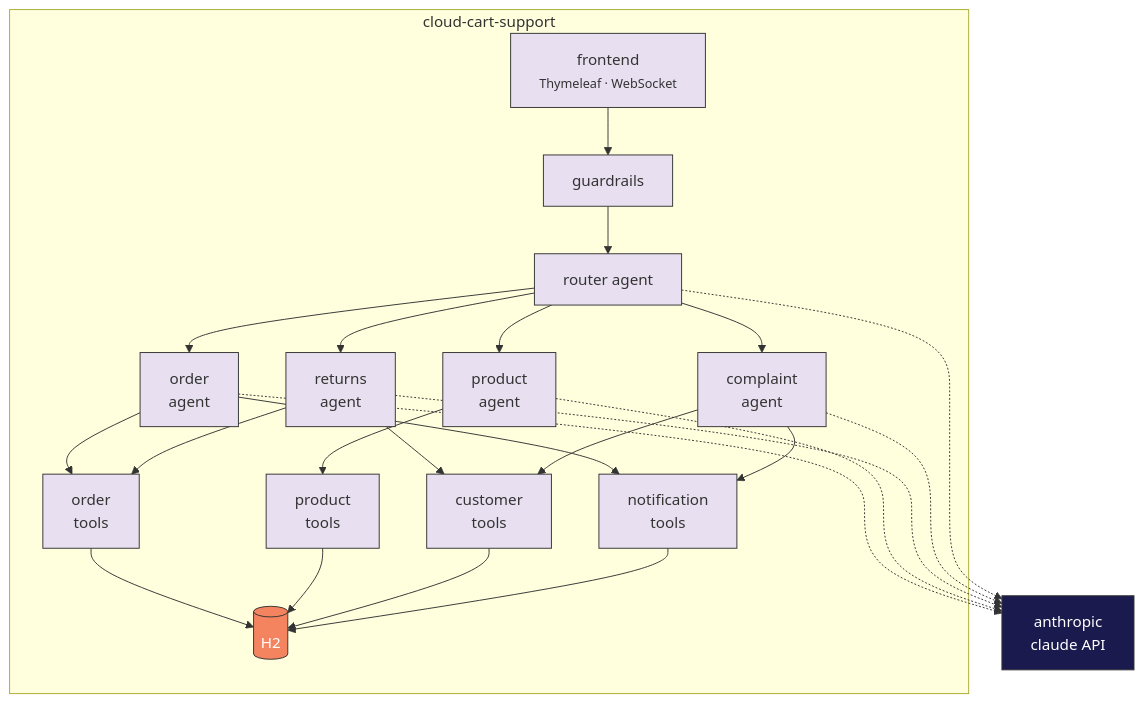
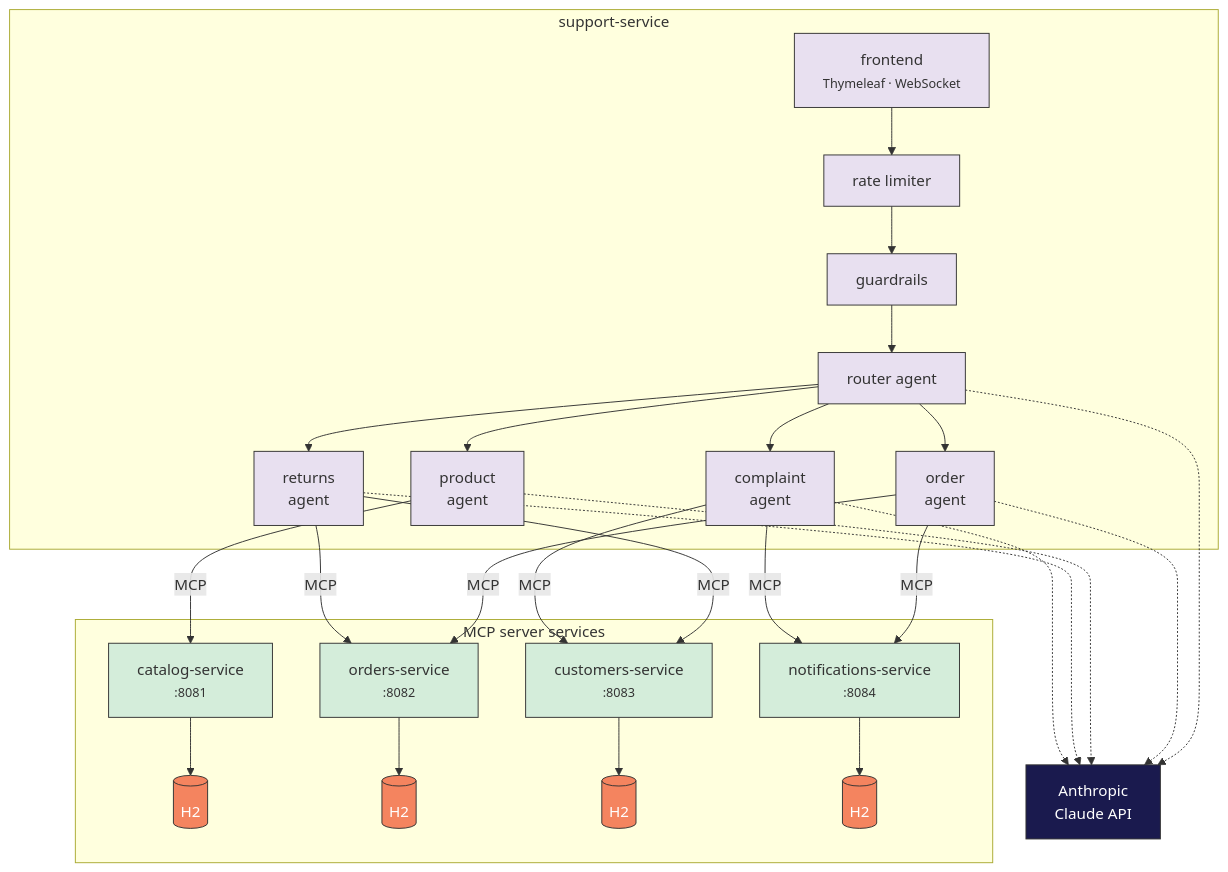
The diagram in docs/architecture.md (btjimerson/cloud-cart-support-java), drawn with Mermaid before and after one commit.

Commit message:
Update architecture diagram to reflect current system design
- Show separate MCP server services (catalog, orders, customers, notifications)
  instead of inline tools
- Add per-service H2 databases
- Add RateLimitService in the request flow
- Label MCP connections between agents and backend services
- Use distinct colors for support-service, MCP services, and databases

````diff
--- a/docs/architecture.md
+++ b/docs/architecture.md
@@ -1,47 +1,63 @@
 ```mermaid
 graph TD
-    subgraph cloud-cart-support
+    subgraph support-service ["support-service"]
         frontend["frontend<br/><small>Thymeleaf · WebSocket</small>"]
+        ratelimit["rate limiter"]
+        guardrails["guardrails"]
+        router["router agent"]
+        order_agent["order<br/>agent"]
+        product_agent["product<br/>agent"]
+        returns_agent["returns<br/>agent"]
+        complaint_agent["complaint<br/>agent"]
 
-        frontend --> guardrails["guardrails"]
-        guardrails --> router["router agent"]
-
-        router --> order_agent["order<br/>agent"]
-        router --> product_agent["product<br/>agent"]
-        router --> returns_agent["returns<br/>agent"]
-        router --> complaint_agent["complaint<br/>agent"]
-
-        order_agent --> order_tools["order<br/>tools"]
-        order_agent --> notification_tools["notification<br/>tools"]
-        product_agent --> product_tools["product<br/>tools"]
-        returns_agent --> order_tools
-        returns_agent --> customer_tools["customer<br/>tools"]
-        complaint_agent --> customer_tools
-        complaint_agent --> notification_tools
-
-        order_tools --> db[("H2")]
-        product_tools --> db
-        customer_tools --> db
-        notification_tools --> db
+        frontend --> ratelimit --> guardrails --> router
+        router --> order_agent
+        router --> product_agent
+        router --> returns_agent
+        router --> complaint_agent
     end
 
+    subgraph mcp-servers ["MCP server services"]
+        catalog["catalog-service<br/><small>:8081</small>"]
+        orders["orders-service<br/><small>:8082</small>"]
+        customers["customers-service<br/><small>:8083</small>"]
+        notifications["notifications-service<br/><small>:8084</small>"]
+
+        catalog --> catalog_db[("H2")]
+        orders --> orders_db[("H2")]
+        customers --> customers_db[("H2")]
+        notifications --> notifications_db[("H2")]
+    end
+
+    order_agent -->|MCP| orders
+    order_agent -->|MCP| notifications
+    product_agent -->|MCP| catalog
+    returns_agent -->|MCP| orders
+    returns_agent -->|MCP| customers
+    complaint_agent -->|MCP| customers
+    complaint_agent -->|MCP| notifications
+
+    router -..-> claude
     order_agent -..-> claude
     product_agent -..-> claude
     returns_agent -..-> claude
-    complaint_agent -..-> claude
-    router -..-> claude["anthropic<br/>claude API"]
+    complaint_agent -..-> claude["Anthropic<br/>Claude API"]
 
     style frontend fill:#e8e0f0,stroke:#333
+    style ratelimit fill:#e8e0f0,stroke:#333
     style guardrails fill:#e8e0f0,stroke:#333
     style router fill:#e8e0f0,stroke:#333
     style order_agent fill:#e8e0f0,stroke:#333
     style product_agent fill:#e8e0f0,stroke:#333
     style returns_agent fill:#e8e0f0,stroke:#333
     style complaint_agent fill:#e8e0f0,stroke:#333
-    style order_tools fill:#e8e0f0,stroke:#333
-    style product_tools fill:#e8e0f0,stroke:#333
-    style customer_tools fill:#e8e0f0,stroke:#333
-    style notification_tools fill:#e8e0f0,stroke:#333
-    style db fill:#f4845f,stroke:#333,color:#fff
+    style catalog fill:#d4edda,stroke:#333
+    style orders fill:#d4edda,stroke:#333
+    style customers fill:#d4edda,stroke:#333
+    style notifications fill:#d4edda,stroke:#333
+    style catalog_db fill:#f4845f,stroke:#333,color:#fff
+    style orders_db fill:#f4845f,stroke:#333,color:#fff
+    style customers_db fill:#f4845f,stroke:#333,color:#fff
+    style notifications_db fill:#f4845f,stroke:#333,color:#fff
     style claude fill:#1a1a4e,stroke:#333,color:#fff
 ```
````
